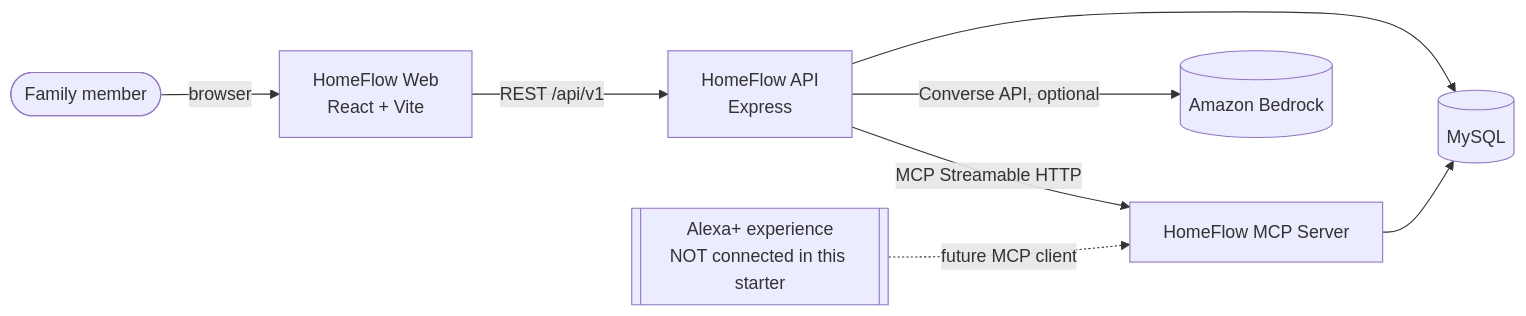
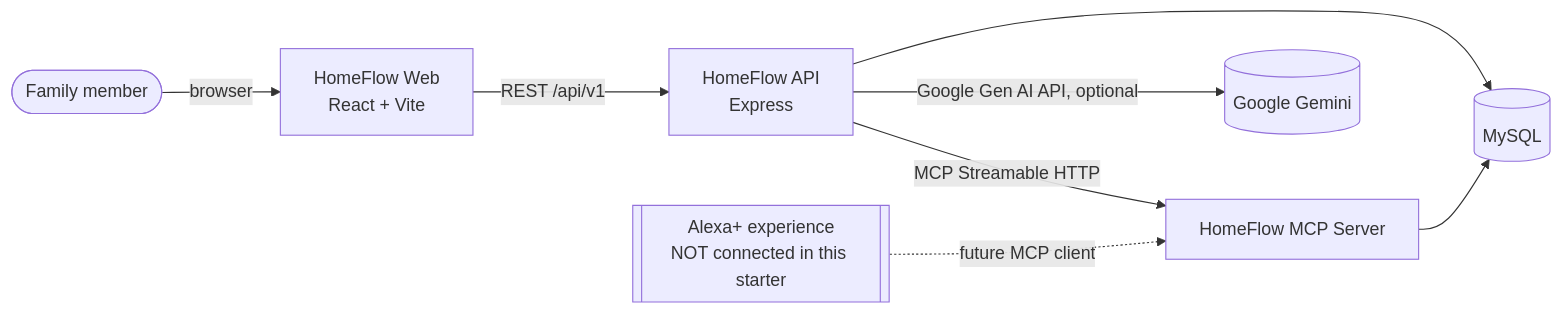
The first of 4 diagrams in docs/ARCHITECTURE.md (Thatcoderboy01/homeflow-ai), drawn with Mermaid before and after one commit. The commit also changed other lines of this file and 122 other files, not shown here.

````diff
--- a/docs/ARCHITECTURE.md
+++ b/docs/ARCHITECTURE.md
@@ -7,10 +7,10 @@
 ```mermaid
 flowchart LR
   user([Family member]) -->|browser| web[HomeFlow Web<br/>React + Vite]
   web -->|REST /api/v1| api[HomeFlow API<br/>Express]
   api -->|MCP Streamable HTTP| mcp[HomeFlow MCP Server]
-  api -->|Converse API, optional| bedrock[(Amazon Bedrock)]
+  api -->|Google Gen AI API, optional| gemini[(Google Gemini)]
   api --> db[(MySQL)]
   mcp --> db
   alexa[[Alexa+ experience<br/>NOT connected in this starter]] -.->|future MCP client| mcp
 ```
````
